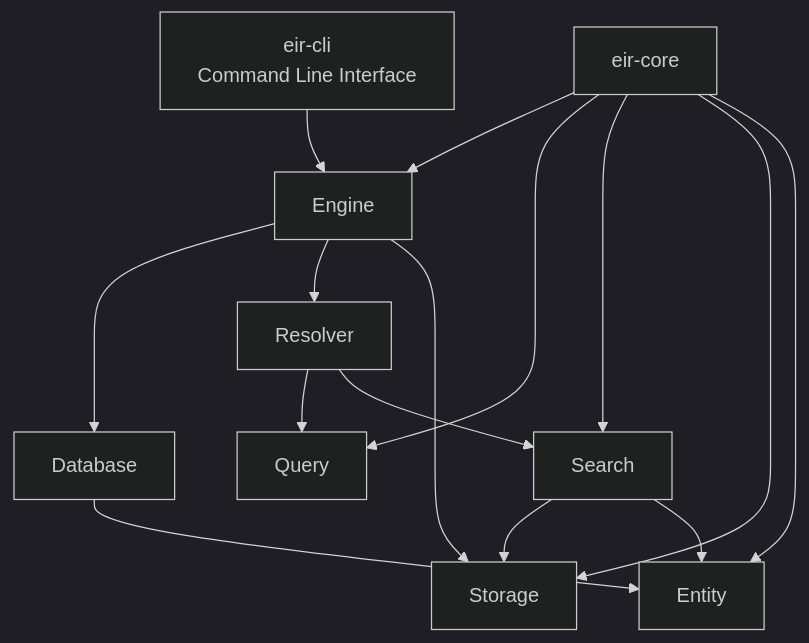
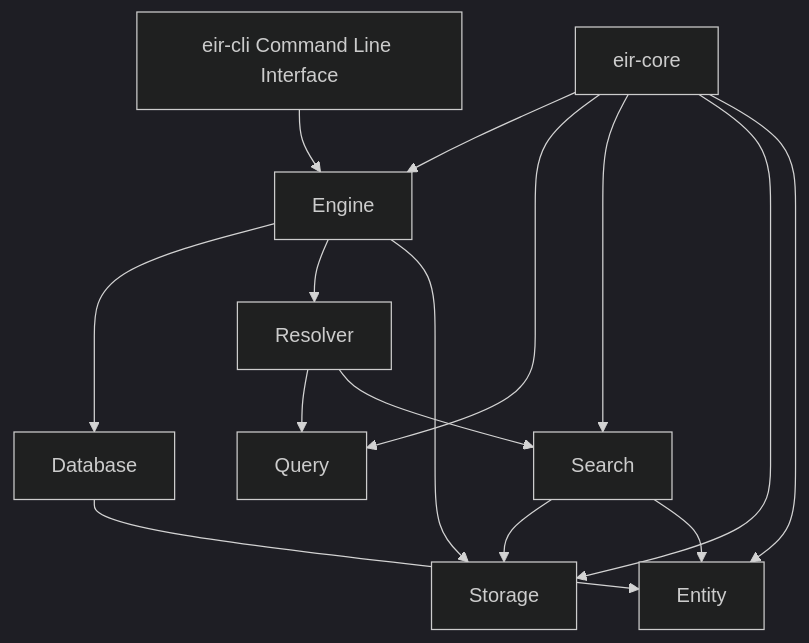
The first of 12 diagrams in README.md (HandsOnDigits/EntityIdentifierResolver), drawn with Mermaid (dark theme) before and after one commit.

Commit message:
Fix formatting of CLI label in README

````diff
--- a/README.md
+++ b/README.md
@@ -100,33 +100,33 @@
 ```mermaid
 flowchart TB
-    CLI["eir-cli<br/>Command Line Interface"]
+    CLI["eir-cli Command Line Interface"]
 
     CORE["eir-core"]
 
     ENGINE["Engine"]
     DATABASE["Database"]
     RESOLVER["Resolver"]
 
     QUERY["Query"]
     SEARCH["Search"]
     STORAGE["Storage"]
     ENTITY["Entity"]
 
     CLI --> ENGINE
 
     CORE --> ENGINE
     CORE --> QUERY
     CORE --> SEARCH
     CORE --> STORAGE
     CORE --> ENTITY
 
     ENGINE --> DATABASE
     ENGINE --> RESOLVER
     ENGINE --> STORAGE
 
     RESOLVER --> QUERY
     RESOLVER --> SEARCH
     SEARCH --> STORAGE
     SEARCH --> ENTITY
     DATABASE --> ENTITY
 ```
````
